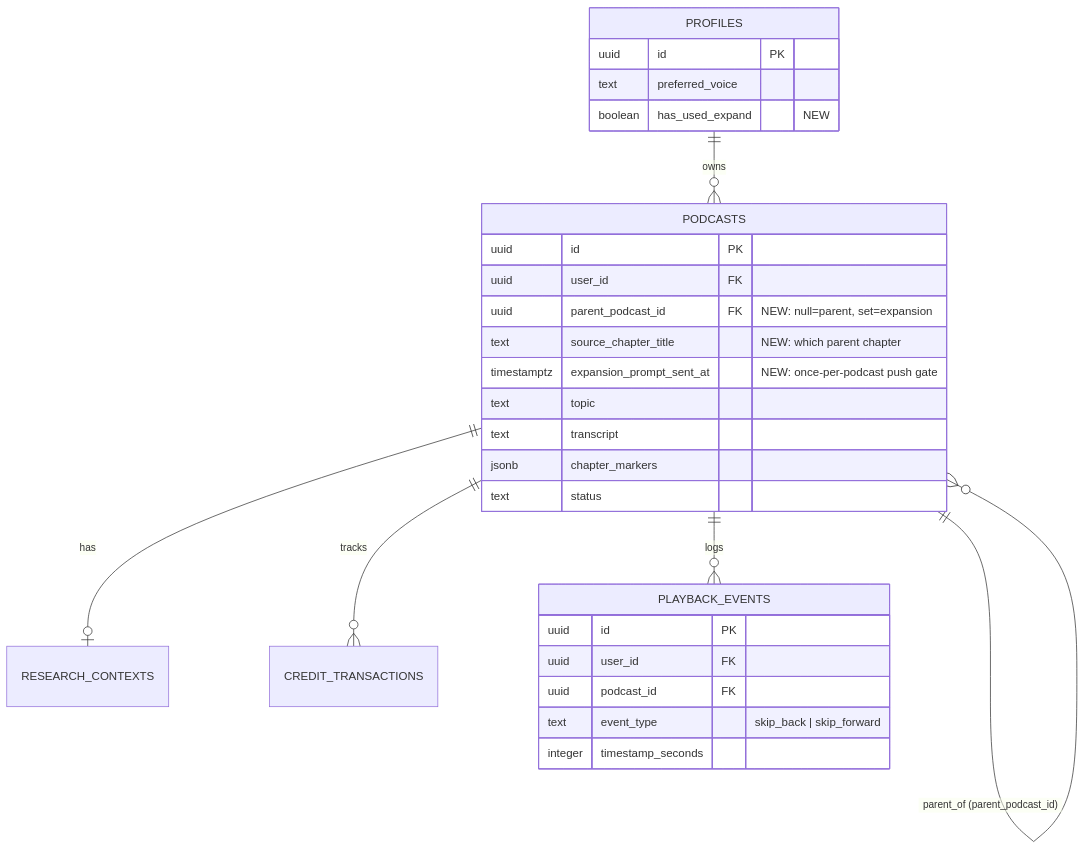
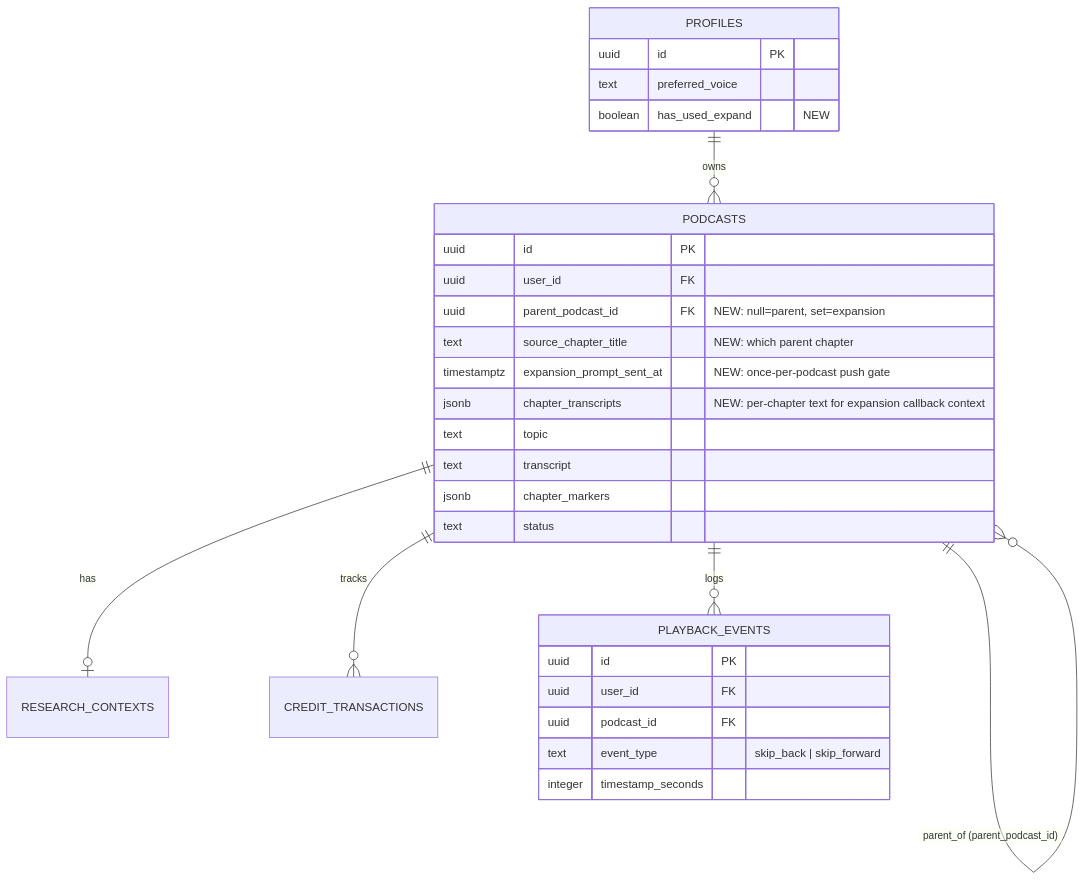
The second of 4 diagrams in docs/superpowers/specs/2026-05-12-chapter-expansions-design.md (IsuruDR/katavo), drawn with Mermaid before and after one commit. The commit also changed other lines of this file, not shown here.

First line of the commit message:
spec: address spec-reviewer round-1 findings on chapter expansions

````diff
--- a/docs/superpowers/specs/2026-05-12-chapter-expansions-design.md
+++ b/docs/superpowers/specs/2026-05-12-chapter-expansions-design.md
@@ -116,32 +128,33 @@
 ```mermaid
 erDiagram
   PROFILES ||--o{ PODCASTS : owns
   PODCASTS ||--o{ PODCASTS : "parent_of (parent_podcast_id)"
   PODCASTS ||--o| RESEARCH_CONTEXTS : has
   PODCASTS ||--o{ CREDIT_TRANSACTIONS : tracks
   PODCASTS ||--o{ PLAYBACK_EVENTS : "logs"
 
   PROFILES {
     uuid id PK
     text preferred_voice
     boolean has_used_expand "NEW"
   }
   PODCASTS {
     uuid id PK
     uuid user_id FK
     uuid parent_podcast_id FK "NEW: null=parent, set=expansion"
     text source_chapter_title "NEW: which parent chapter"
     timestamptz expansion_prompt_sent_at "NEW: once-per-podcast push gate"
+    jsonb chapter_transcripts "NEW: per-chapter text for expansion callback context"
     text topic
     text transcript
     jsonb chapter_markers
     text status
   }
   PLAYBACK_EVENTS {
     uuid id PK
     uuid user_id FK
     uuid podcast_id FK
     text event_type "skip_back | skip_forward"
     integer timestamp_seconds
   }
 ```
````
